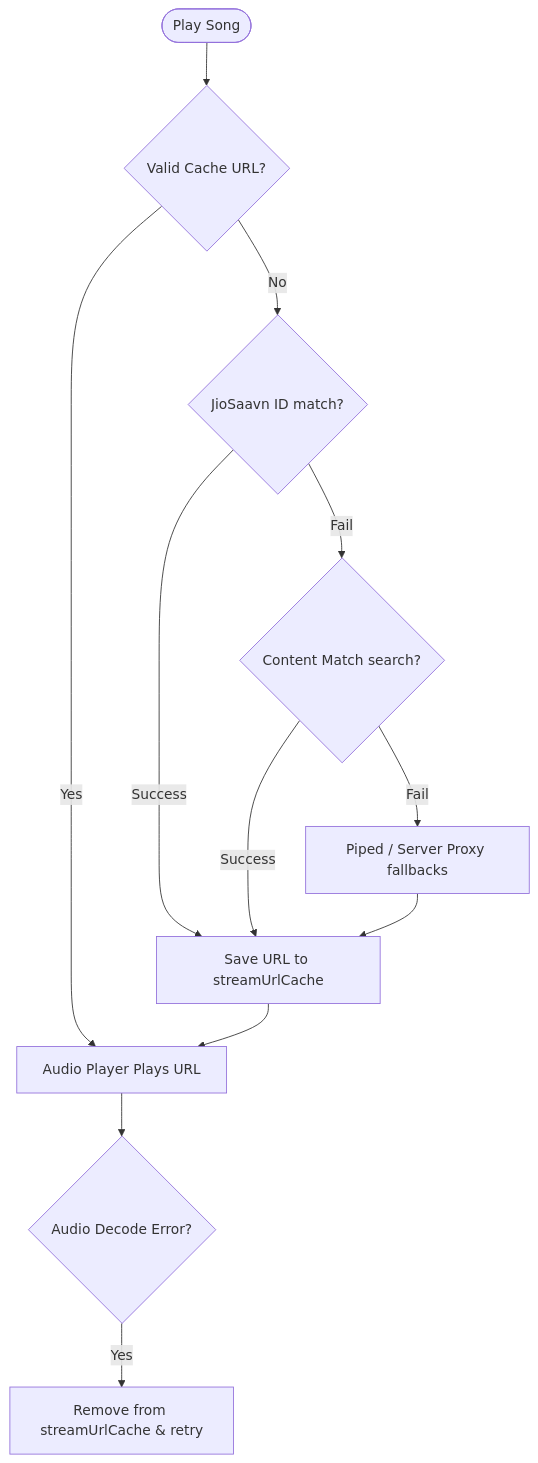
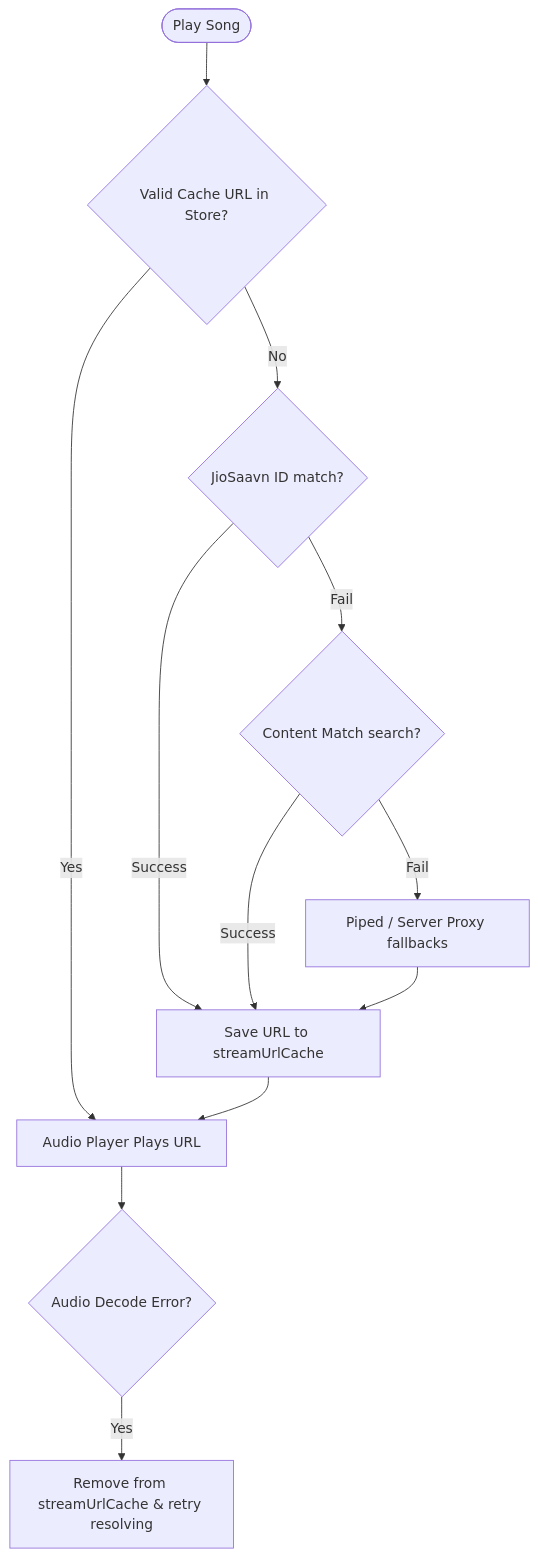
The second of 2 diagrams in README.md (yash9359/FLOWTUNES), drawn with Mermaid before and after one commit. The commit also changed other lines of this file and 3 other files, not shown here.

````diff
--- a/README.md
+++ b/README.md
@@ -97,14 +117,14 @@
 ```mermaid
 graph TD
-    Play([Play Song]) --> CacheCheck{Valid Cache URL?}
+    Play([Play Song]) --> CacheCheck{Valid Cache URL in Store?}
     CacheCheck -- Yes --> PlayCached[Audio Player Plays URL]
     CacheCheck -- No --> IDCheck{JioSaavn ID match?}
     IDCheck -- Success --> StoreCache[Save URL to streamUrlCache]
     IDCheck -- Fail --> ContentCheck{Content Match search?}
     ContentCheck -- Success --> StoreCache
     ContentCheck -- Fail --> Fallbacks[Piped / Server Proxy fallbacks]
     Fallbacks --> StoreCache
     StoreCache --> PlayCached
     PlayCached --> ErrorHandler{Audio Decode Error?}
-    ErrorHandler -- Yes --> ClearCache[Remove from streamUrlCache & retry]
+    ErrorHandler -- Yes --> ClearCache[Remove from streamUrlCache & retry resolving]
 ```
````
